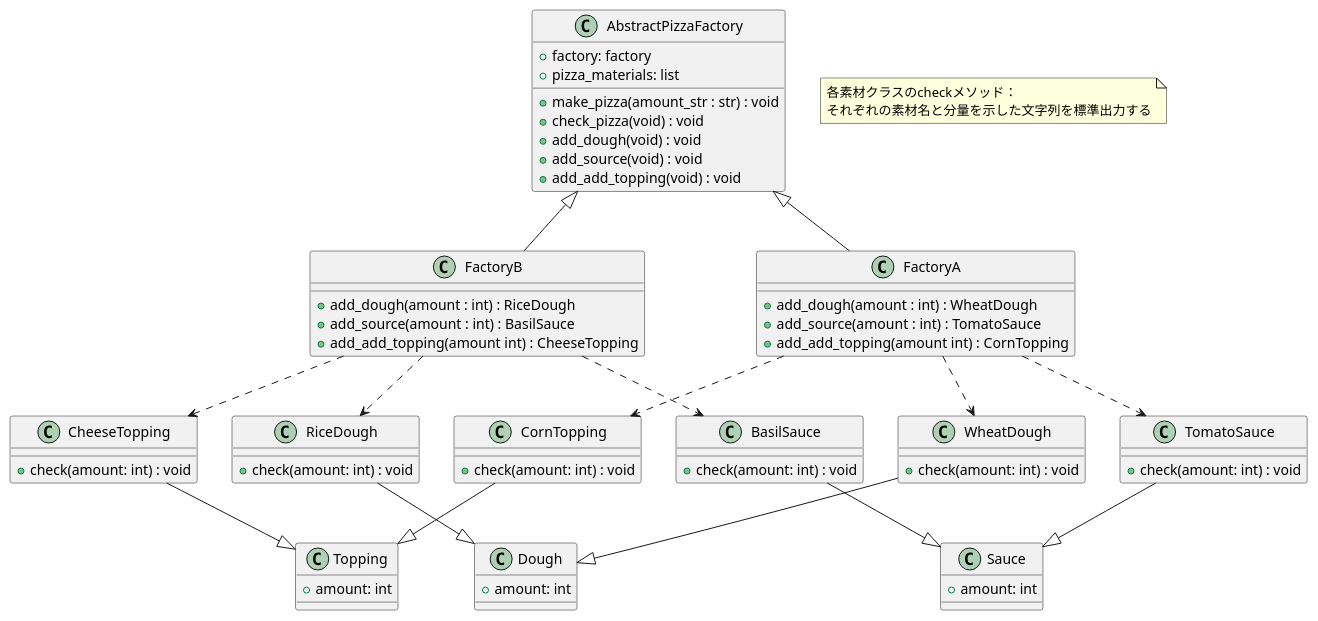
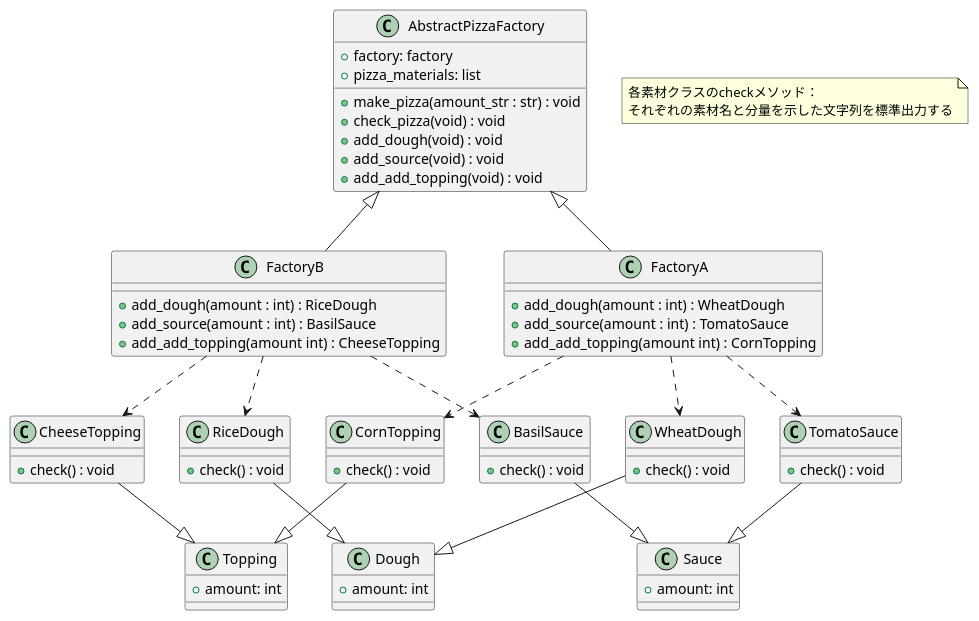
One commit to Design-Practice-Team/design changed the first of 2 diagrams in planning/Abstract_Factory/pizza_factory/suzuki/design.md. Above: the diagram before and after it, drawn with PlantUML. The commit also changed other lines of this file and 2 other files, not shown here.

Commit message:
実装の追加

```diff
--- a/planning/Abstract_Factory/pizza_factory/suzuki/design.md
+++ b/planning/Abstract_Factory/pizza_factory/suzuki/design.md
@@ -58,11 +58,11 @@
 }
 
 class WheatDough {
-    + check(amount: int) : void
+    + check() : void
 }
 
 class RiceDough {
-    + check(amount: int) : void
+    + check() : void
 }
 
 class Sauce {
@@ -70,11 +70,11 @@
 }
 
 class TomatoSauce {
-    + check(amount: int) : void
+    + check() : void
 }
 
 class BasilSauce {
-    + check(amount: int) : void
+    + check() : void
 }
 
 class Topping {
@@ -82,11 +82,11 @@
 }
 
 class CornTopping {
-    + check(amount: int) : void
+    + check() : void
 }
 
 class CheeseTopping {
-    + check(amount: int) : void
+    + check() : void
 }
 
 note "各素材クラスのcheckメソッド：\nそれぞれの素材名と分量を示した文字列を標準出力する" as n1
```
